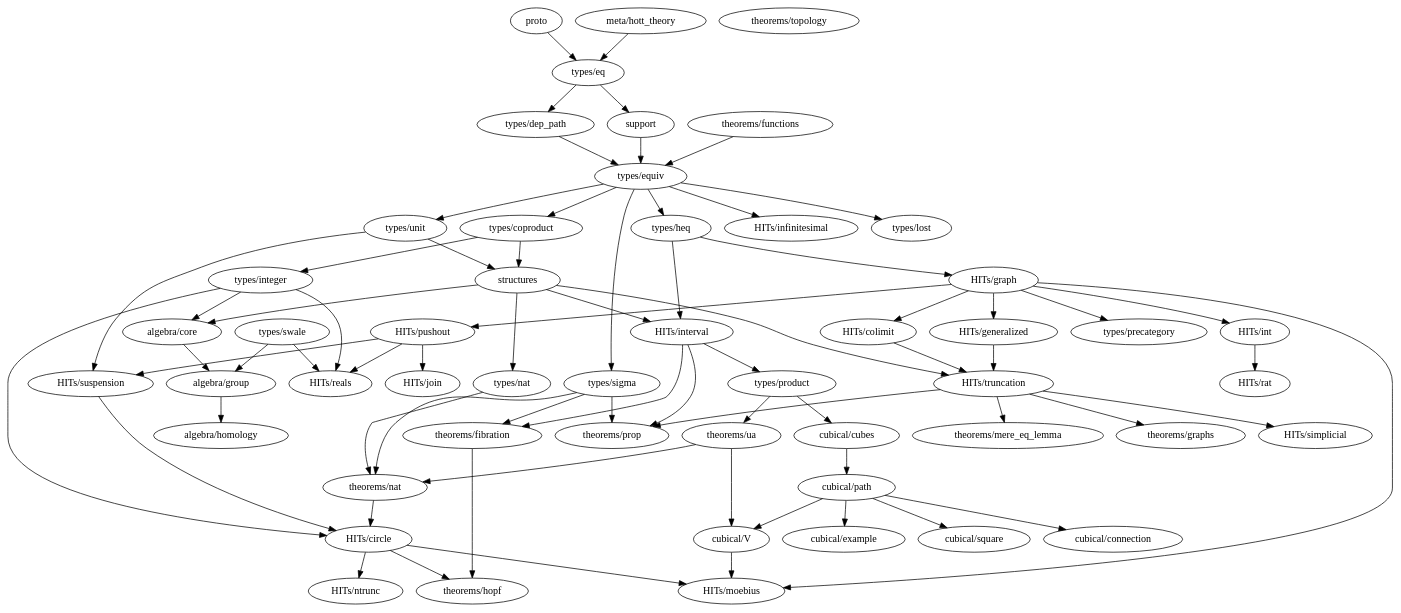
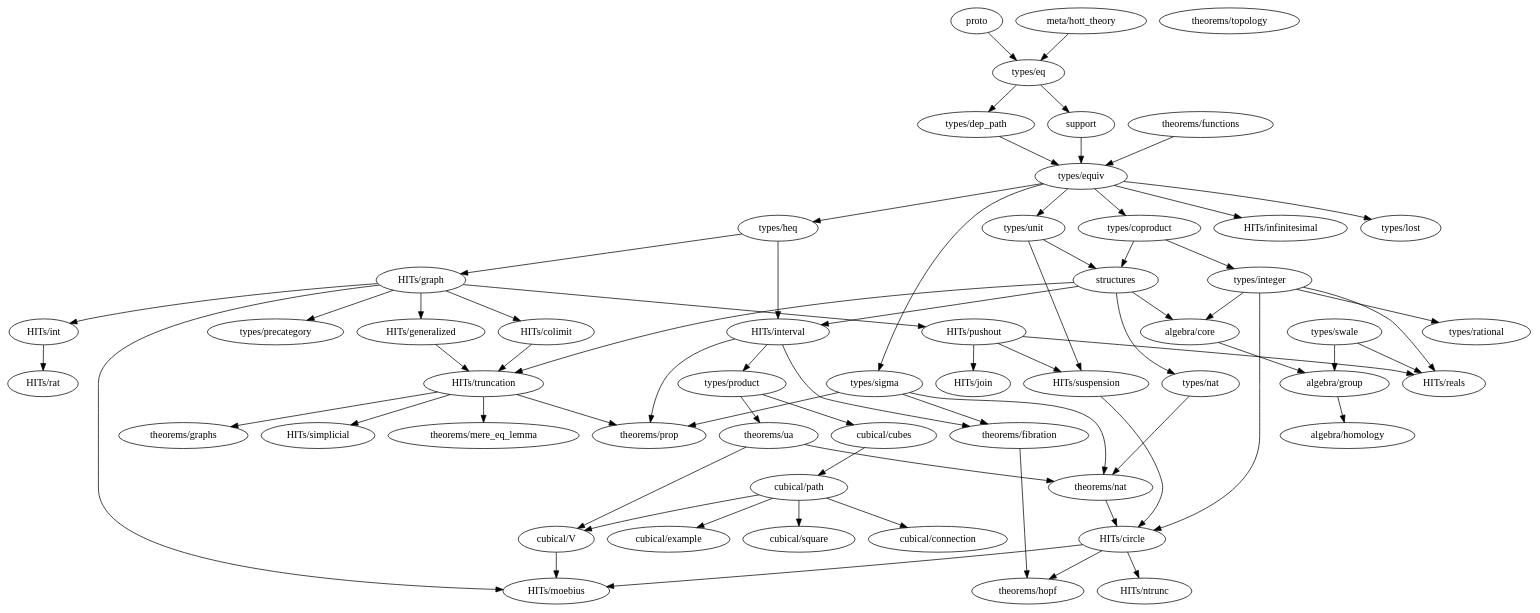
One commit to forked-from-1kasper/ground_zero changed the diagram in dependency_map.gv. Above: the diagram before and after it, drawn with Graphviz. The commit also changed 4 other files, not shown here.

```diff
--- a/dependency_map.gv
+++ b/dependency_map.gv
@@ -1,107 +1,112 @@
 digraph dependency_map {
   proto -> "types/eq"
   "meta/hott_theory" -> "types/eq"
   support -> "types/equiv"
   structures -> {
     "HITs/interval",
     "HITs/truncation",
     "algebra/core",
     "types/nat"
   }
 
   subgraph algebra {
     "algebra/core" -> "algebra/group"
     "algebra/group" -> "algebra/homology"
     "algebra/homology"
   }
 
   subgraph types {
     "types/coproduct" -> { "types/integer", structures }
     "types/dep_path" -> "types/equiv"
     "types/eq" -> { "types/dep_path", support }
     "types/equiv" -> {
       "types/heq",
       "HITs/infinitesimal",
       "types/coproduct",
       "types/lost",
       "types/unit",
       "types/sigma"
     }
     "types/heq" -> {
       "HITs/interval",
       "HITs/graph"
     }
-    "types/integer" -> { "HITs/circle", "HITs/reals", "algebra/core" }
+    "types/integer" -> {
+      "HITs/circle",
+      "HITs/reals",
+      "algebra/core",
+      "types/rational"
+    }
     "types/lost"
     "types/nat" -> { "theorems/nat" }
     "types/product" -> { "cubical/cubes", "theorems/ua" }
     "types/sigma" -> { "theorems/fibration", "theorems/prop", "theorems/nat" }
     "types/swale" -> { "HITs/reals", "algebra/group" }
     "types/unit" -> { structures, "HITs/suspension" }
   }
 
   subgraph HITs {
     "HITs/circle" -> { "HITs/ntrunc", "theorems/hopf", "HITs/moebius" }
     "HITs/colimit" -> "HITs/truncation"
     "HITs/generalized" -> "HITs/truncation"
     "HITs/graph" -> {
       "HITs/colimit",
       "HITs/generalized",
       "HITs/int",
       "HITs/pushout",
       "HITs/moebius",
       "types/precategory"
     }
     "HITs/infinitesimal"
     "HITs/int" -> "HITs/rat"
     "HITs/interval" -> {
       "types/product",
       "theorems/prop",
       "theorems/fibration"
     }
     "HITs/join"
     "HITs/moebius"
     "HITs/ntrunc"
     "HITs/pushout" -> {
       "HITs/join",
       "HITs/reals",
       "HITs/suspension"
     }
     "HITs/rat"
     "HITs/reals"
     "HITs/simplicial"
     "HITs/suspension" -> "HITs/circle"
     "HITs/truncation" -> {
       "theorems/mere_eq_lemma",
       "theorems/prop",
       "theorems/graphs",
       "HITs/simplicial"
     }
   }
 
   subgraph cubical {
     "cubical/connection"
     "cubical/cubes" -> "cubical/path"
     "cubical/example"
     "cubical/path" -> {
       "cubical/square",
       "cubical/example",
       "cubical/V",
       "cubical/connection"
     }
     "cubical/square"
     "cubical/V" -> "HITs/moebius"
   }
 
   subgraph theorems {
     "theorems/fibration" -> { "theorems/hopf" }
     "theorems/functions" -> { "types/equiv" }
     "theorems/graphs"
     "theorems/hopf"
     "theorems/mere_eq_lemma"
     "theorems/nat" -> { "HITs/circle" }
     "theorems/prop"
     "theorems/topology"
     "theorems/ua" -> { "theorems/nat", "cubical/V" }
   }
 }
```
